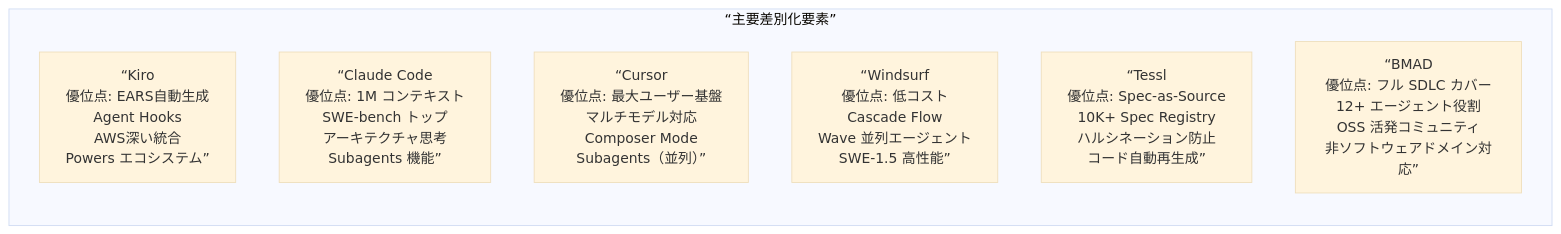
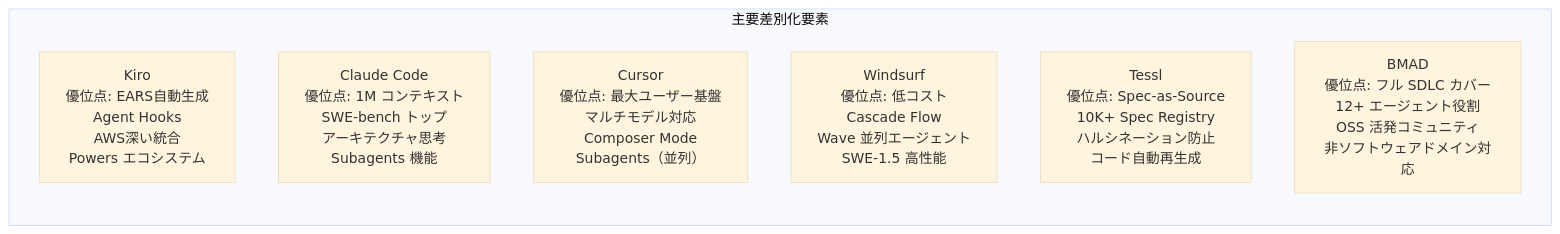
Diagram 14 of 20 in ai-coding/sdd_report.md (GoodRelax/gr-cheat-sheets), drawn with Mermaid (base theme) before and after one commit. The commit also changed other lines of this file, not shown here.

````diff
--- a/ai-coding/sdd_report.md
+++ b/ai-coding/sdd_report.md
@@ -661,11 +662,11 @@
 ```mermaid
 graph LR
-    subgraph KEY_DIFF[“主要差別化要素”]
-        KIRO_D[“Kiro<br/>優位点: EARS自動生成<br/>Agent Hooks<br/>AWS深い統合<br/>Powers エコシステム”]
-        CC_D[“Claude Code<br/>優位点: 1M コンテキスト<br/>SWE-bench トップ<br/>アーキテクチャ思考<br/>Subagents 機能”]
-        CURSOR_D[“Cursor<br/>優位点: 最大ユーザー基盤<br/>マルチモデル対応<br/>Composer Mode<br/>Subagents（並列）”]
-        WINDS_D[“Windsurf<br/>優位点: 低コスト<br/>Cascade Flow<br/>Wave 並列エージェント<br/>SWE-1.5 高性能”]
-        TESSL_D[“Tessl<br/>優位点: Spec-as-Source<br/>10K+ Spec Registry<br/>ハルシネーション防止<br/>コード自動再生成”]
-        BMAD_D[“BMAD<br/>優位点: フル SDLC カバー<br/>12+ エージェント役割<br/>OSS 活発コミュニティ<br/>非ソフトウェアドメイン対応”]
+    subgraph KEY_DIFF["主要差別化要素"]
+        KIRO_D["Kiro<br/>優位点: EARS自動生成<br/>Agent Hooks<br/>AWS深い統合<br/>Powers エコシステム"]
+        CC_D["Claude Code<br/>優位点: 1M コンテキスト<br/>SWE-bench トップ<br/>アーキテクチャ思考<br/>Subagents 機能"]
+        CURSOR_D["Cursor<br/>優位点: 最大ユーザー基盤<br/>マルチモデル対応<br/>Composer Mode<br/>Subagents（並列）"]
+        WINDS_D["Windsurf<br/>優位点: 低コスト<br/>Cascade Flow<br/>Wave 並列エージェント<br/>SWE-1.5 高性能"]
+        TESSL_D["Tessl<br/>優位点: Spec-as-Source<br/>10K+ Spec Registry<br/>ハルシネーション防止<br/>コード自動再生成"]
+        BMAD_D["BMAD<br/>優位点: フル SDLC カバー<br/>12+ エージェント役割<br/>OSS 活発コミュニティ<br/>非ソフトウェアドメイン対応"]
     end
 ```
````
